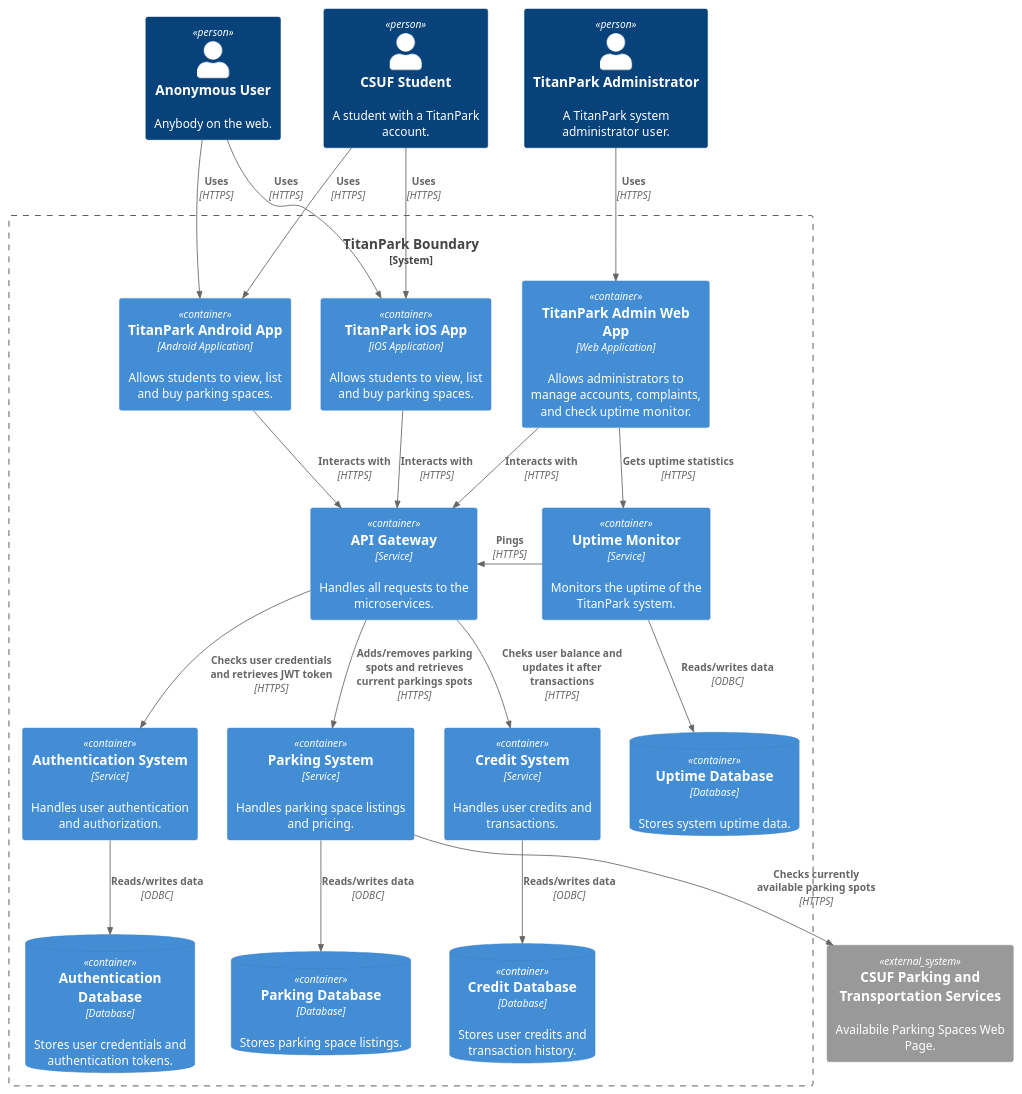
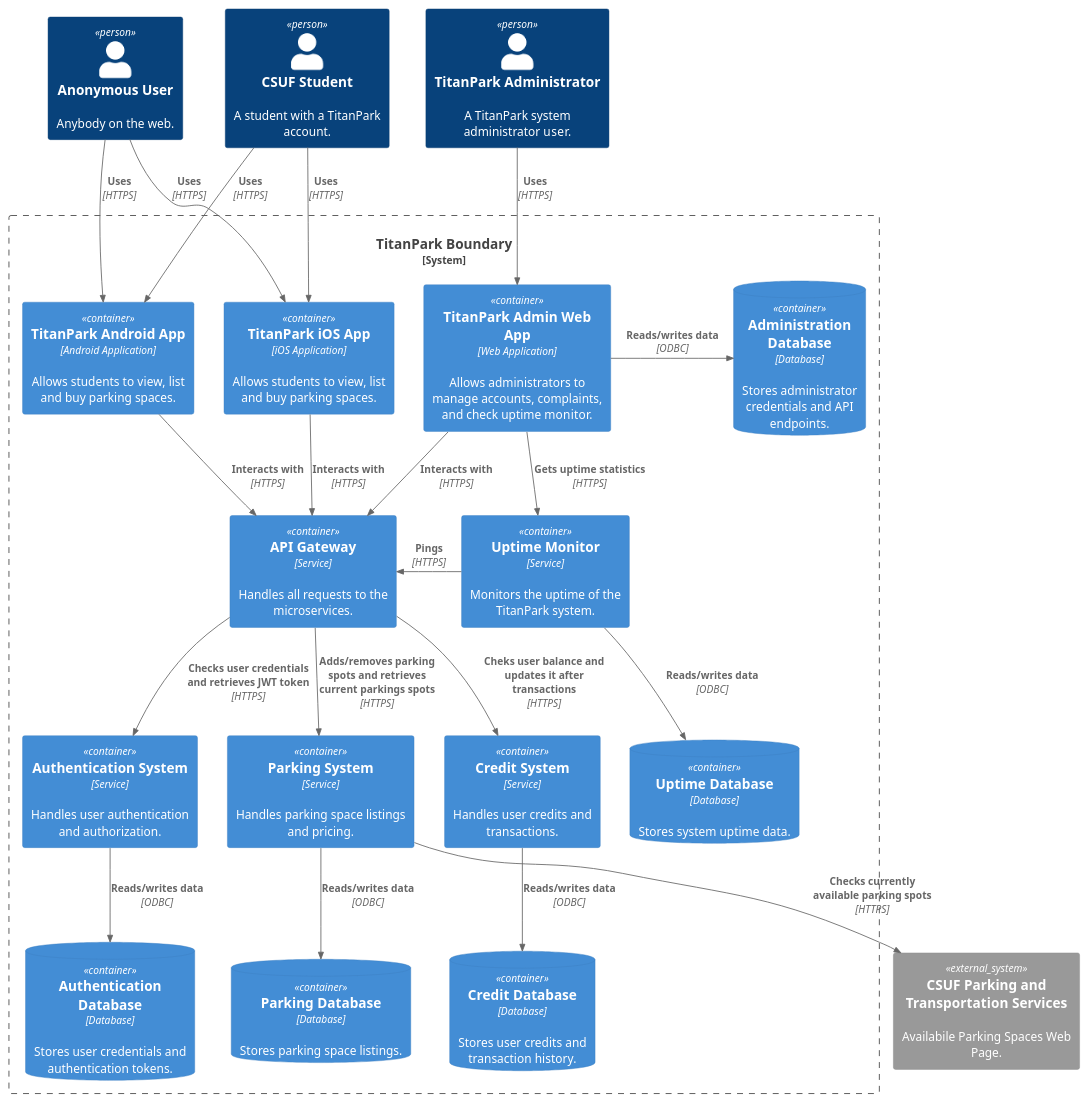
One commit to santi224m/Titan-Park-Documentation changed the diagram in diagrams/src/C4_system_containers.wsd. Above: the diagram before and after it, drawn with PlantUML. The commit also changed 3 other files, not shown here.

Commit message:
Administrator Web App Components

```diff
--- a/diagrams/src/C4_system_containers.wsd
+++ b/diagrams/src/C4_system_containers.wsd
@@ -1,47 +1,49 @@
 @startuml System_Containers_C4
 !include <C4/C4_Container>
 
 ' People '
 Person(anon_user, "Anonymous User", "Anybody on the web.")
 Person(csuf_student, "CSUF Student", "A student with a TitanPark account.")
 Person(system_admin, "TitanPark Administrator", "A TitanPark system administrator user.")
 
 ' TitanPark System '
 System_Boundary(titanpark_container, "TitanPark Boundary") {
   Container(android_app, "TitanPark Android App", "Android Application", "Allows students to view, list and buy parking spaces.")
   Container(ios_app, "TitanPark iOS App", "iOS Application", "Allows students to view, list and buy parking spaces.")
   Container(admin_web_app, "TitanPark Admin Web App", "Web Application", "Allows administrators to manage accounts, complaints, and check uptime monitor.")
+  ContainerDb(admin_db, "Administration Database", "Database", "Stores administrator credentials and API endpoints.")
   Container(api_gateway, "API Gateway", "Service", "Handles all requests to the microservices.")
   Container(auth_system, "Authentication System", "Service", "Handles user authentication and authorization.")
   Container(credit_system, "Credit System", "Service", "Handles user credits and transactions.")
   Container(parking_system, "Parking System", "Service", "Handles parking space listings and pricing.")
   Container(uptime_monitor, "Uptime Monitor", "Service", "Monitors the uptime of the TitanPark system.")
   ContainerDb(auth_db, "Authentication Database", "Database", "Stores user credentials and authentication tokens.")
   ContainerDb(credit_db, "Credit Database", "Database", "Stores user credits and transaction history.")
   ContainerDb(parking_db, "Parking Database", "Database", "Stores parking space listings.")
   ContainerDb(uptime_db, "Uptime Database", "Database", "Stores system uptime data.")
 }
 
 ' External Systems '
 System_Ext(csuf_parking_services, "CSUF Parking and Transportation Services", "Availabile Parking Spaces Web Page.")
 
 ' Relationships '
 Rel_D(anon_user, android_app, "Uses", "HTTPS")
 Rel_D(anon_user, ios_app, "Uses", "HTTPS")
 Rel_D(csuf_student, android_app, "Uses", "HTTPS")
 Rel_D(csuf_student, ios_app, "Uses", "HTTPS")
 Rel_D(system_admin, admin_web_app, "Uses", "HTTPS")
 Rel_D(android_app, api_gateway, "Interacts with", "HTTPS")
 Rel_D(ios_app, api_gateway, "Interacts with", "HTTPS")
 Rel_D(admin_web_app, api_gateway, "Interacts with", "HTTPS")
 Rel_D(admin_web_app, uptime_monitor, "Gets uptime statistics", "HTTPS")
+Rel_R(admin_web_app, admin_db, "Reads/writes data", "ODBC")
 Rel_L(uptime_monitor, api_gateway, "Pings", "HTTPS")
 Rel_D(api_gateway, auth_system, "Checks user credentials and retrieves JWT token", "HTTPS")
 Rel_D(api_gateway, credit_system, "Cheks user balance and updates it after transactions", "HTTPS")
 Rel_D(api_gateway, parking_system, "Adds/removes parking spots and retrieves current parkings spots", "HTTPS")
 Rel_D(auth_system, auth_db, "Reads/writes data", "ODBC")
 Rel_D(credit_system, credit_db, "Reads/writes data", "ODBC")
 Rel_D(parking_system, parking_db, "Reads/writes data", "ODBC")
 Rel_D(uptime_monitor, uptime_db, "Reads/writes data", "ODBC")
 Rel_D(parking_system, csuf_parking_services, "Checks currently available parking spots", "HTTPS")
 @enduml
```
